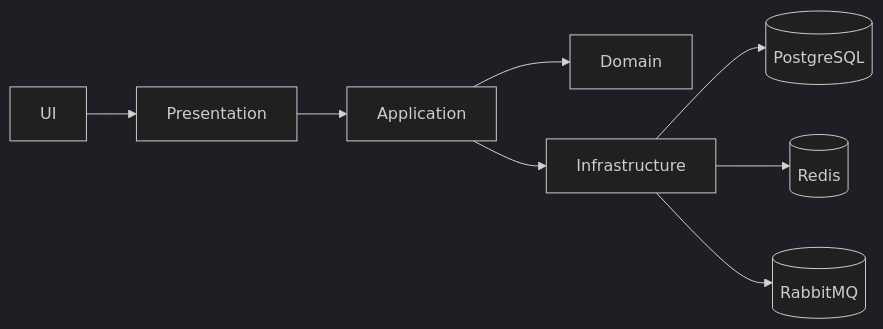
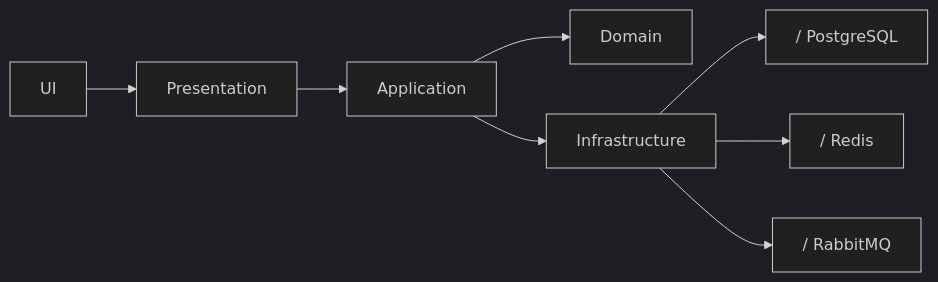
One commit to yasserebrahimi/SubscriptionManagement changed the diagram in docs/Architecture/CleanArchitecture.md. Above: the diagram before and after it, drawn with Mermaid (dark theme). The commit also changed other lines of this file and 5 other files, not shown here.

Commit message:
docs: initial docs with fixed Mermaid

````diff
--- a/docs/Architecture/CleanArchitecture.md
+++ b/docs/Architecture/CleanArchitecture.md
@@ -9,10 +11,17 @@
 ```mermaid
 flowchart LR
-  UI --> P[Presentation]
-  P --> A[Application]
-  A --> D[Domain]
-  A --> I[Infrastructure]
-  I --> DB[(PostgreSQL)]
-  I --> Cache[(Redis)]
-  I --> Bus[(RabbitMQ)]
+  P["Presentation"]
+  A["Application"]
+  D["Domain"]
+  I["Infrastructure"]
+  DB["/ PostgreSQL"]
+  Cache["/ Redis"]
+  Bus["/ RabbitMQ"]
+  UI --> P
+  P --> A
+  A --> D
+  A --> I
+  I --> DB
+  I --> Cache
+  I --> Bus
 ```
````
